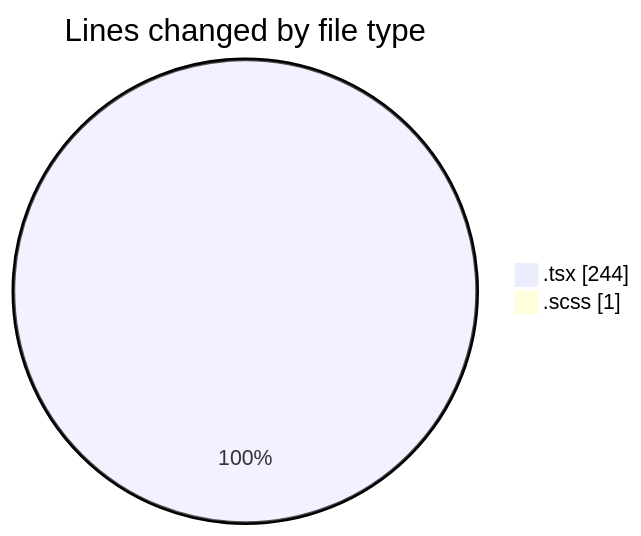
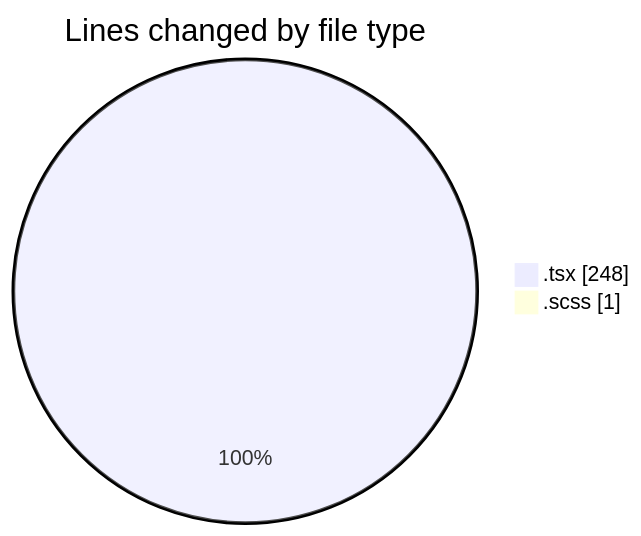
Before and after one commit to momahboobian/code-tracking: the first of 2 diagrams in 2025-03-19/cda/README.md, drawn with Mermaid. The commit also changed other lines of this file and 1 other file, not shown here.

````diff
--- a/2025-03-19/cda/README.md
+++ b/2025-03-19/cda/README.md
@@ -23,6 +23,6 @@
 ```mermaid
 pie showData
 title Lines changed by file type
-".tsx" : 244
+".tsx" : 248
 ".scss" : 1
 ```
````
